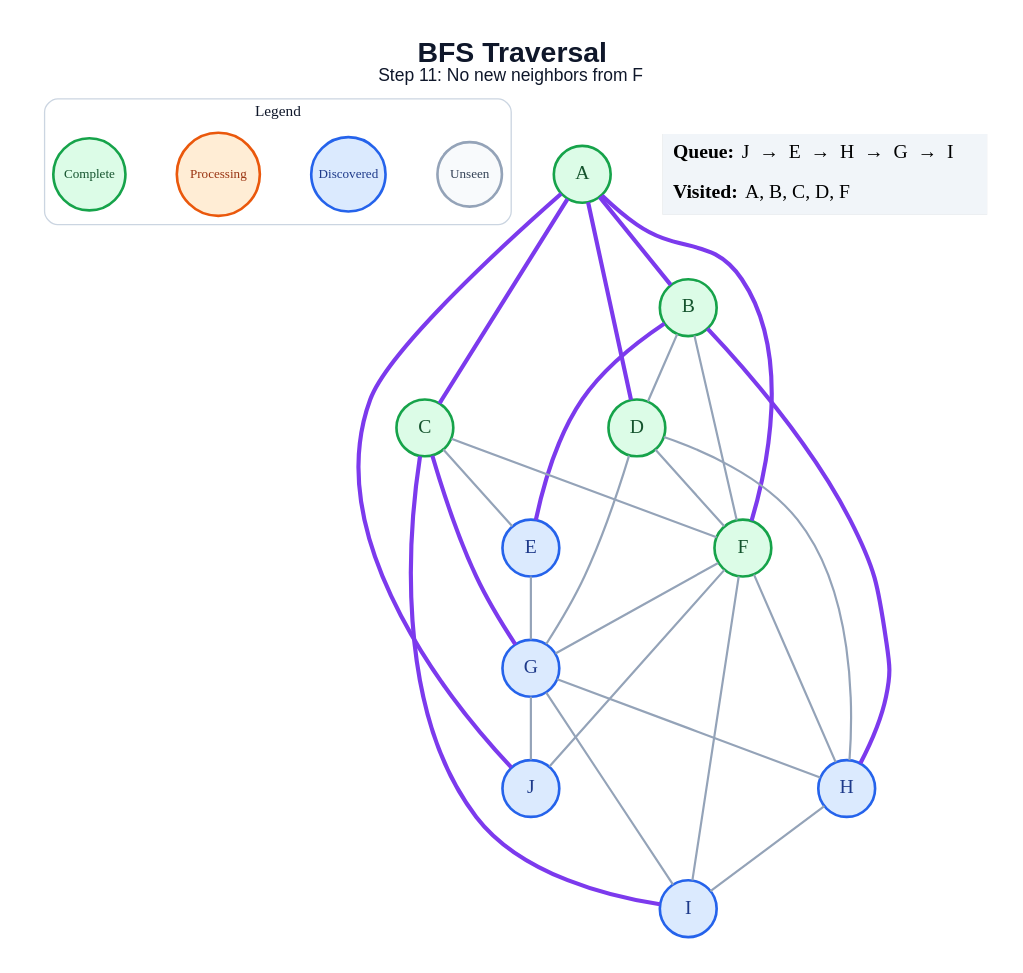
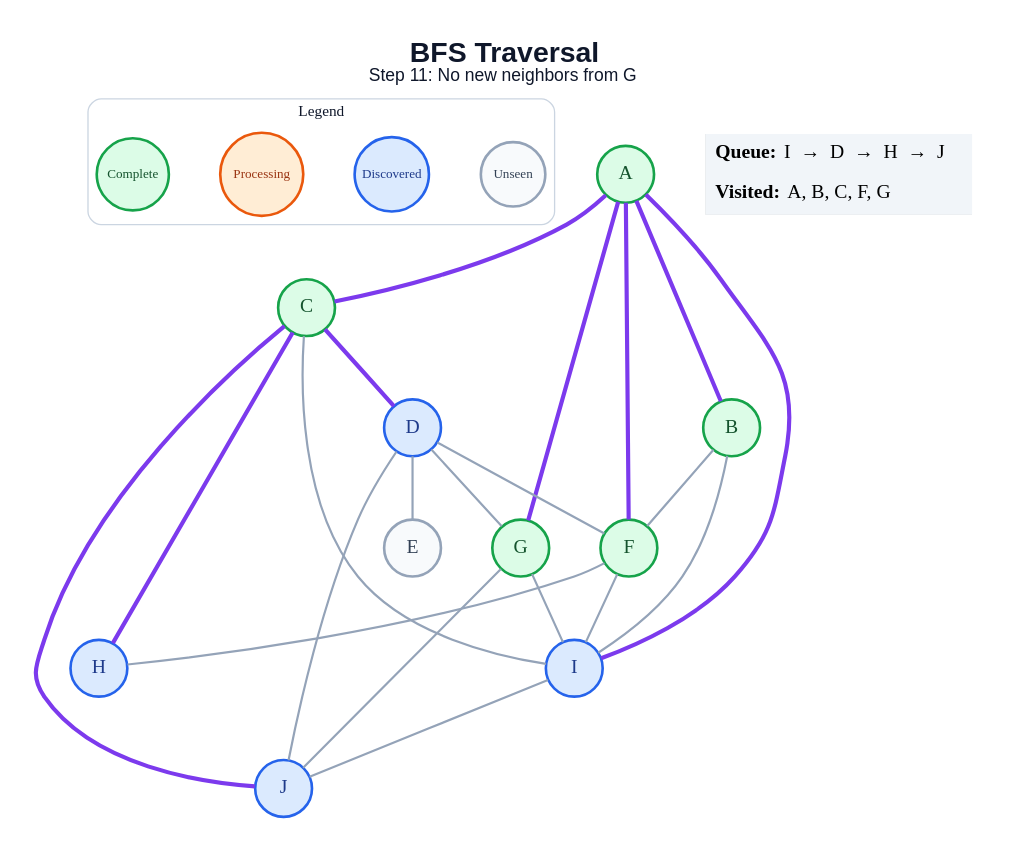
Before and after one commit to amanghodawala9/ai-slop: the diagram in generated/bfs/step_11.dot, drawn with Graphviz. The commit also changed 178 other files, not shown here.

```diff
--- a/generated/bfs/step_11.dot
+++ b/generated/bfs/step_11.dot
@@ -1,54 +1,49 @@
 graph traversal {
   graph [layout=dot, rankdir=TB, bgcolor="#FFFFFF", pad="0.35", nodesep="0.65", ranksep="0.8", fontname="Arial"];
   node [shape=circle, style="filled", fontname="Arial Bold", fontsize=18, width=0.72, fixedsize=true, penwidth=2.4];
   edge [color="#94A3B8", penwidth=2.0];
-  label=<<B>BFS Traversal</B><BR/><FONT POINT-SIZE="16">Step 11: No new neighbors from F</FONT>>; labelloc="t"; fontsize=26; fontname="Arial"; fontcolor="#0F172A";
+  label=<<B>BFS Traversal</B><BR/><FONT POINT-SIZE="16">Step 11: No new neighbors from G</FONT>>; labelloc="t"; fontsize=26; fontname="Arial"; fontcolor="#0F172A";
   subgraph cluster_legend { label="Legend"; color="#CBD5E1"; penwidth=1.2; style="rounded"; fontsize=14; fontname="Arial Bold";
     key_unseen [label="Unseen", fillcolor="#F8FAFC", color="#94A3B8", fontcolor="#334155", fontsize=12, width=0.82];
     key_frontier [label="Discovered", fillcolor="#DBEAFE", color="#2563EB", fontcolor="#1E3A8A", fontsize=12, width=0.95];
     key_current [label="Processing", fillcolor="#FFEDD5", color="#EA580C", fontcolor="#9A3412", fontsize=12, width=1.05];
     key_done [label="Complete", fillcolor="#DCFCE7", color="#16A34A", fontcolor="#14532D", fontsize=12, width=0.92];
     { rank=same; key_unseen; key_frontier; key_current; key_done; }
   }
   A [fillcolor="#DCFCE7", color="#16A34A", fontcolor="#14532D"];
   B [fillcolor="#DCFCE7", color="#16A34A", fontcolor="#14532D"];
   C [fillcolor="#DCFCE7", color="#16A34A", fontcolor="#14532D"];
-  D [fillcolor="#DCFCE7", color="#16A34A", fontcolor="#14532D"];
-  E [fillcolor="#DBEAFE", color="#2563EB", fontcolor="#1E3A8A"];
+  D [fillcolor="#DBEAFE", color="#2563EB", fontcolor="#1E3A8A"];
+  E [fillcolor="#F8FAFC", color="#94A3B8", fontcolor="#334155"];
   F [fillcolor="#DCFCE7", color="#16A34A", fontcolor="#14532D"];
-  G [fillcolor="#DBEAFE", color="#2563EB", fontcolor="#1E3A8A"];
+  G [fillcolor="#DCFCE7", color="#16A34A", fontcolor="#14532D"];
   H [fillcolor="#DBEAFE", color="#2563EB", fontcolor="#1E3A8A"];
   I [fillcolor="#DBEAFE", color="#2563EB", fontcolor="#1E3A8A"];
   J [fillcolor="#DBEAFE", color="#2563EB", fontcolor="#1E3A8A"];
   A -- B [color="#7C3AED", penwidth=3.8];
   A -- C [color="#7C3AED", penwidth=3.8];
-  A -- D [color="#7C3AED", penwidth=3.8];
   A -- F [color="#7C3AED", penwidth=3.8];
-  A -- J [color="#7C3AED", penwidth=3.8];
-  B -- D;
-  B -- E [color="#7C3AED", penwidth=3.8];
+  A -- G [color="#7C3AED", penwidth=3.8];
+  A -- I [color="#7C3AED", penwidth=3.8];
   B -- F;
-  B -- H [color="#7C3AED", penwidth=3.8];
-  C -- E;
-  C -- F;
-  C -- G [color="#7C3AED", penwidth=3.8];
-  C -- I [color="#7C3AED", penwidth=3.8];
+  B -- I;
+  C -- D [color="#7C3AED", penwidth=3.8];
+  C -- H [color="#7C3AED", penwidth=3.8];
+  C -- I;
+  C -- J [color="#7C3AED", penwidth=3.8];
+  D -- E;
   D -- F;
   D -- G;
-  D -- H;
-  E -- G;
-  F -- G;
+  D -- J;
   F -- H;
   F -- I;
-  F -- J;
-  G -- H;
   G -- I;
   G -- J;
-  H -- I;
+  I -- J;
   status [shape=plain, fixedsize=false, width=0, height=0, margin=0, label=<
     <TABLE BORDER="0" CELLBORDER="0" CELLPADDING="7" BGCOLOR="#F1F5F9">
-      <TR><TD ALIGN="LEFT"><B>Queue:</B> J  →  E  →  H  →  G  →  I</TD></TR>
-      <TR><TD ALIGN="LEFT"><B>Visited:</B> A, B, C, D, F</TD></TR>
+      <TR><TD ALIGN="LEFT"><B>Queue:</B> I  →  D  →  H  →  J</TD></TR>
+      <TR><TD ALIGN="LEFT"><B>Visited:</B> A, B, C, F, G</TD></TR>
     </TABLE>
   >];
 }
```
